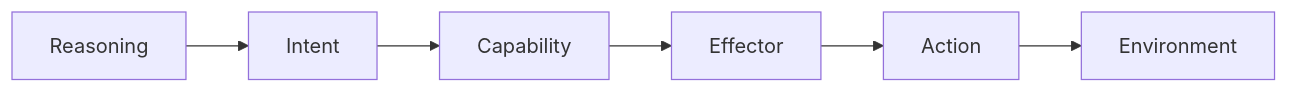
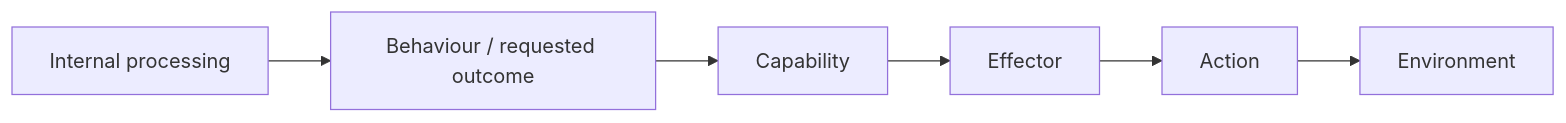
The tenth of 13 diagrams in docs/architecture.md (skasti/skyn-vaettr), drawn with Mermaid before and after one commit. The commit also changed other lines of this file, not shown here.

Commit message:
docs: keep intent out of prescribed action path

````diff
--- a/docs/architecture.md
+++ b/docs/architecture.md
@@ -443,15 +443,15 @@
 ```mermaid
 flowchart LR
-    R[Reasoning]
-    I[Intent]
+    P[Internal processing]
+    B[Behaviour / requested outcome]
     C[Capability]
     E[Effector]
     A[Action]
     ENV[Environment]
 
-    R --> I
-    I --> C
+    P --> B
+    B --> C
     C --> E
     E --> A
     A --> ENV
 ```
````
